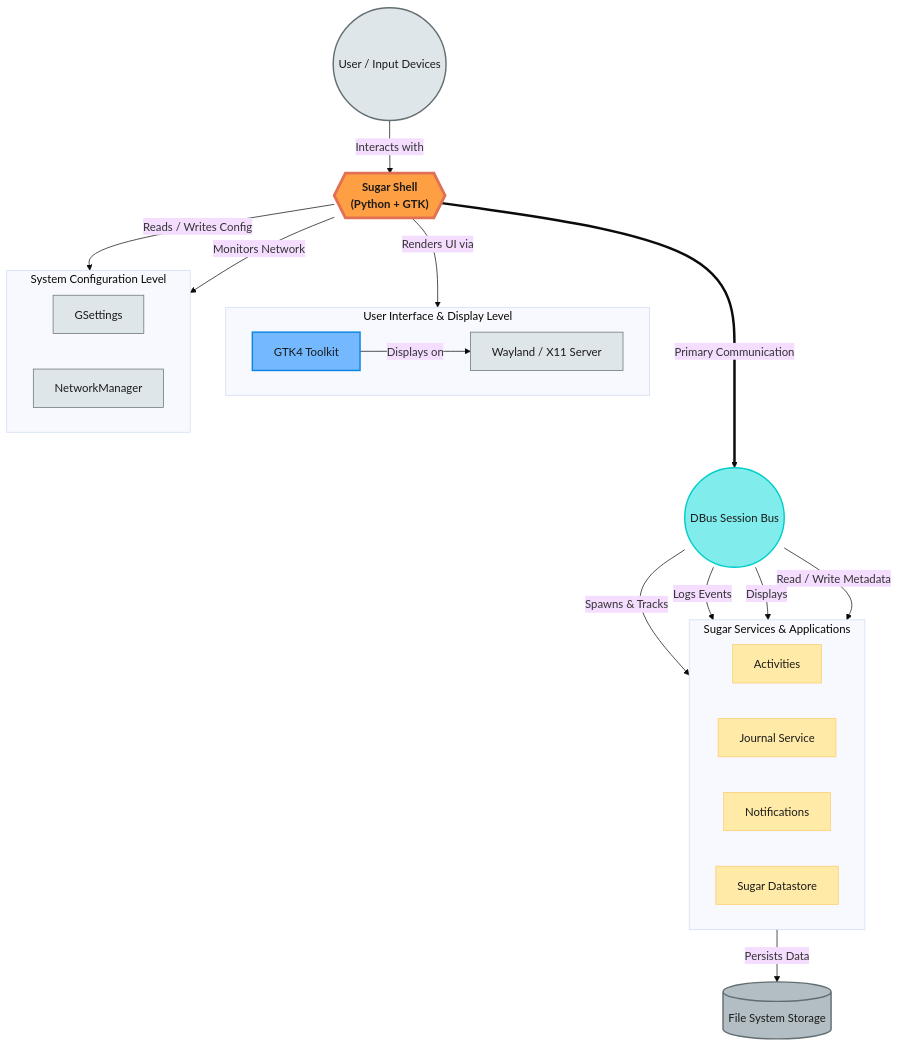
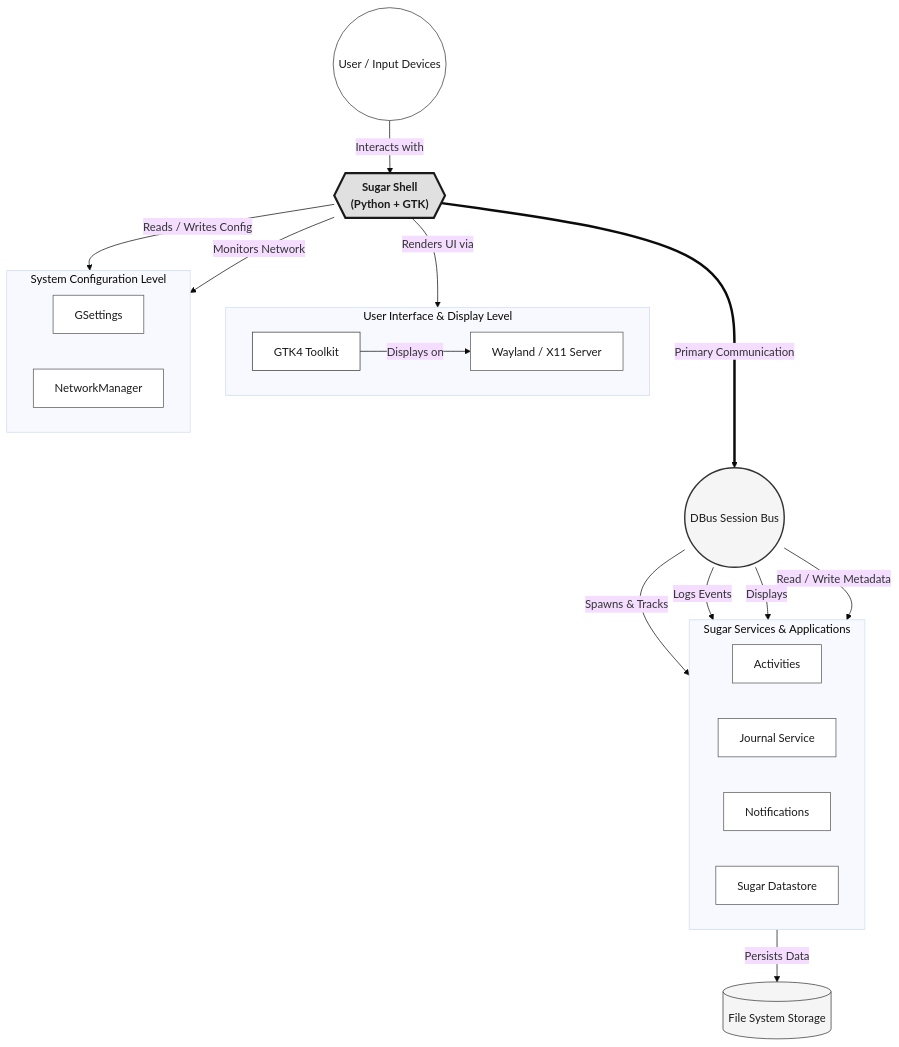
Before and after one commit to Dev10-sys/sugar-proposal-gtk: the first of 9 diagrams in proposal.md, drawn with Mermaid (base theme). The commit also changed other lines of this file, not shown here.

Commit message:
Revise proposal: clean diagrams, linkable TOC, content fixes

````diff
--- a/proposal.md
+++ b/proposal.md
@@ -127,69 +158,69 @@
 ```mermaid
 flowchart TD
     %% Top Level User Interaction
     User(("User / Input Devices"))
 
     %% User Interface & System Display Layer
     subgraph UI_Layer ["User Interface & Display Level"]
         direction LR
         GTK["GTK4 Toolkit"]
         Display["Wayland / X11 Server"]
     end
 
     %% The Middle Layer (Core)
     Shell{{"Sugar Shell\n(Python + GTK)"}}
 
     %% System Configuration
     subgraph Config_Layer ["System Configuration Level"]
         direction LR
         GSettings["GSettings"]
         NetworkManager["NetworkManager"]
     end
 
     %% IPC Communication Layer
     DBus(("DBus Session Bus"))
 
     %% Background Services
     subgraph Services_Layer ["Sugar Services & Applications"]
         direction LR
         Activities["Activities"]
         Journal["Journal Service"]
         Notifications["Notifications"]
         Datastore["Sugar Datastore"]
     end
 
     %% Persistence Layer
     Storage[("File System Storage")]
 
     %% Interactions
     User -->|Interacts with| Shell
 
     Shell -->|Renders UI via| GTK
     GTK -->|Displays on| Display
 
     Shell -->|Reads / Writes Config| GSettings
     Shell -->|Monitors Network| NetworkManager
 
     Shell ===>|Primary Communication| DBus
 
     DBus -->|Spawns & Tracks| Activities
     DBus -->|Logs Events| Journal
     DBus -->|Displays| Notifications
     DBus -->|Read / Write Metadata| Datastore
 
     Datastore -->|Persists Data| Storage
 
     %% Styling
-    style User fill:#dfe6e9,stroke:#636e72,stroke-width:2px,color:#1a1a1a
-    style Shell fill:#ff9f43,stroke:#e17055,stroke-width:4px,color:#1a1a1a,font-weight:bold
-    style DBus fill:#81ecec,stroke:#00cec9,stroke-width:2px,color:#1a1a1a
-    style GTK fill:#74b9ff,stroke:#0984e3,stroke-width:2px,color:#1a1a1a
-    style Display fill:#dfe6e9,stroke:#636e72,stroke-width:1px,color:#1a1a1a
-    style GSettings fill:#dfe6e9,stroke:#636e72,stroke-width:1px,color:#1a1a1a
-    style NetworkManager fill:#dfe6e9,stroke:#636e72,stroke-width:1px,color:#1a1a1a
-    style Storage fill:#b2bec3,stroke:#636e72,stroke-width:2px,color:#1a1a1a
-    style Activities fill:#ffeaa7,stroke:#fdcb6e,stroke-width:1px,color:#1a1a1a
-    style Journal fill:#ffeaa7,stroke:#fdcb6e,stroke-width:1px,color:#1a1a1a
-    style Datastore fill:#ffeaa7,stroke:#fdcb6e,stroke-width:1px,color:#1a1a1a
-    style Notifications fill:#ffeaa7,stroke:#fdcb6e,stroke-width:1px,color:#1a1a1a
+    style User fill:#fff,stroke:#333,stroke-width:1px,color:#1a1a1a
+    style Shell fill:#e0e0e0,stroke:#1a1a1a,stroke-width:3px,color:#1a1a1a,font-weight:bold
+    style DBus fill:#f5f5f5,stroke:#333,stroke-width:2px,color:#1a1a1a
+    style GTK fill:#fff,stroke:#333,stroke-width:1px,color:#1a1a1a
+    style Display fill:#fff,stroke:#555,stroke-width:1px,color:#1a1a1a
+    style GSettings fill:#fff,stroke:#555,stroke-width:1px,color:#1a1a1a
+    style NetworkManager fill:#fff,stroke:#555,stroke-width:1px,color:#1a1a1a
+    style Storage fill:#f5f5f5,stroke:#333,stroke-width:1px,color:#1a1a1a
+    style Activities fill:#fff,stroke:#555,stroke-width:1px,color:#1a1a1a
+    style Journal fill:#fff,stroke:#555,stroke-width:1px,color:#1a1a1a
+    style Datastore fill:#fff,stroke:#555,stroke-width:1px,color:#1a1a1a
+    style Notifications fill:#fff,stroke:#555,stroke-width:1px,color:#1a1a1a
 ```
````
